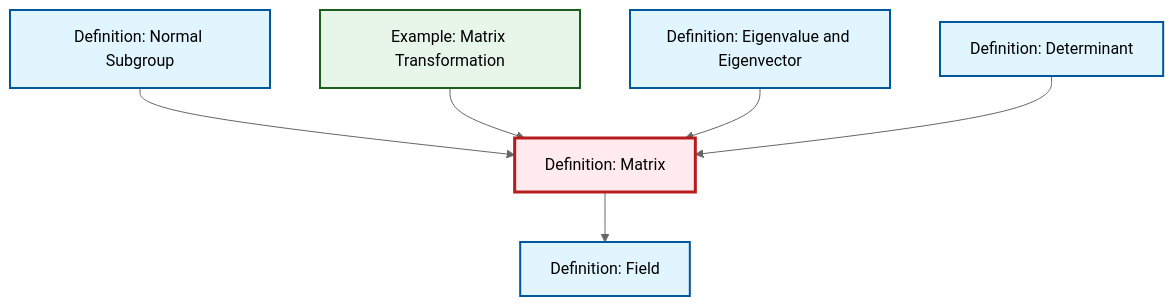
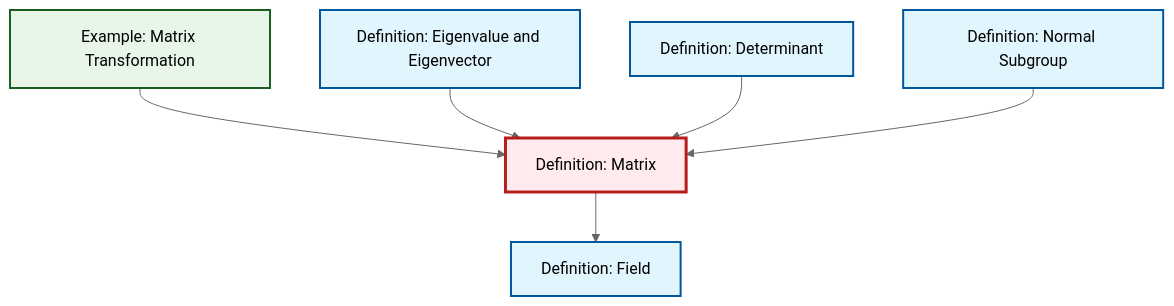
One commit to RK0429/ModernMath changed the diagram in content/ja/algebra/def-matrix.qmd. Above: the diagram before and after it, drawn with Mermaid (neutral theme). The commit also changed other lines of this file and 554 other files, not shown here.

````diff
--- a/content/ja/algebra/def-matrix.qmd
+++ b/content/ja/algebra/def-matrix.qmd
@@ -60,26 +60,26 @@
 ```{mermaid}
 %%| fig-cap: "Local dependency graph"
 graph TD
     classDef definition fill:#e1f5fe,stroke:#01579b,stroke-width:2px
     classDef theorem fill:#f3e5f5,stroke:#4a148c,stroke-width:2px
     classDef axiom fill:#fff3e0,stroke:#e65100,stroke-width:2px
     classDef example fill:#e8f5e9,stroke:#1b5e20,stroke-width:2px
     classDef current fill:#ffebee,stroke:#b71c1c,stroke-width:3px
     def-field["Definition: Field"]:::definition
+    def-matrix["Definition: Matrix"]:::definition
+    def-normal-subgroup["Definition: Normal Subgroup"]:::definition
+    ex-matrix-transformation["Example: Matrix Transformation"]:::example
     def-determinant["Definition: Determinant"]:::definition
-    def-normal-subgroup["Definition: Normal Subgroup"]:::definition
     def-eigenvalue-eigenvector["Definition: Eigenvalue and Eigenvector"]:::definition
-    ex-matrix-transformation["Example: Matrix Transformation"]:::example
-    def-matrix["Definition: Matrix"]:::definition
-    def-normal-subgroup --> def-matrix
     def-matrix --> def-field
     ex-matrix-transformation --> def-matrix
     def-eigenvalue-eigenvector --> def-matrix
     def-determinant --> def-matrix
+    def-normal-subgroup --> def-matrix
     class def-matrix current
     click def-field "def-field.html" "Definition: Fieldへ"
+    click def-normal-subgroup "def-normal-subgroup.html" "Definition: Normal Subgroupへ"
+    click ex-matrix-transformation "ex-matrix-transformation.html" "Example: Matrix Transformationへ"
     click def-determinant "def-determinant.html" "Definition: Determinantへ"
-    click def-normal-subgroup "def-normal-subgroup.html" "Definition: Normal Subgroupへ"
     click def-eigenvalue-eigenvector "def-eigenvalue-eigenvector.html" "Definition: Eigenvalue and Eigenvectorへ"
-    click ex-matrix-transformation "ex-matrix-transformation.html" "Example: Matrix Transformationへ"
 ```
````
